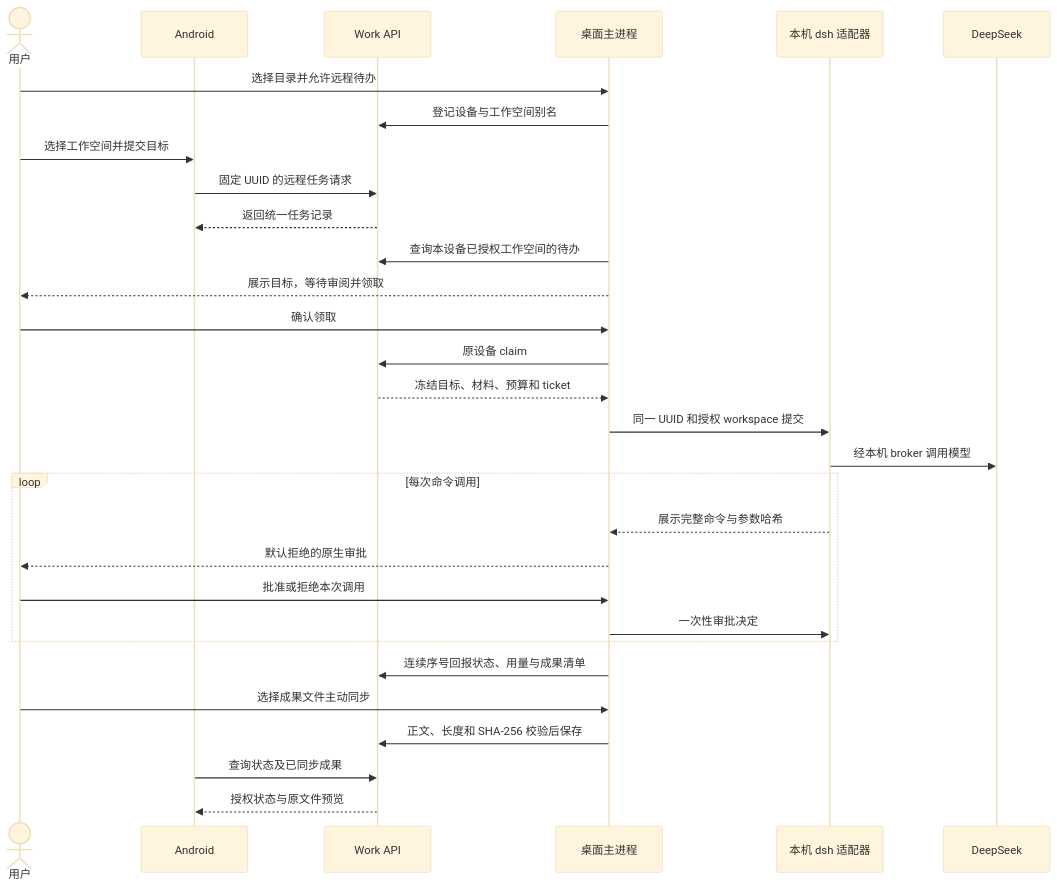
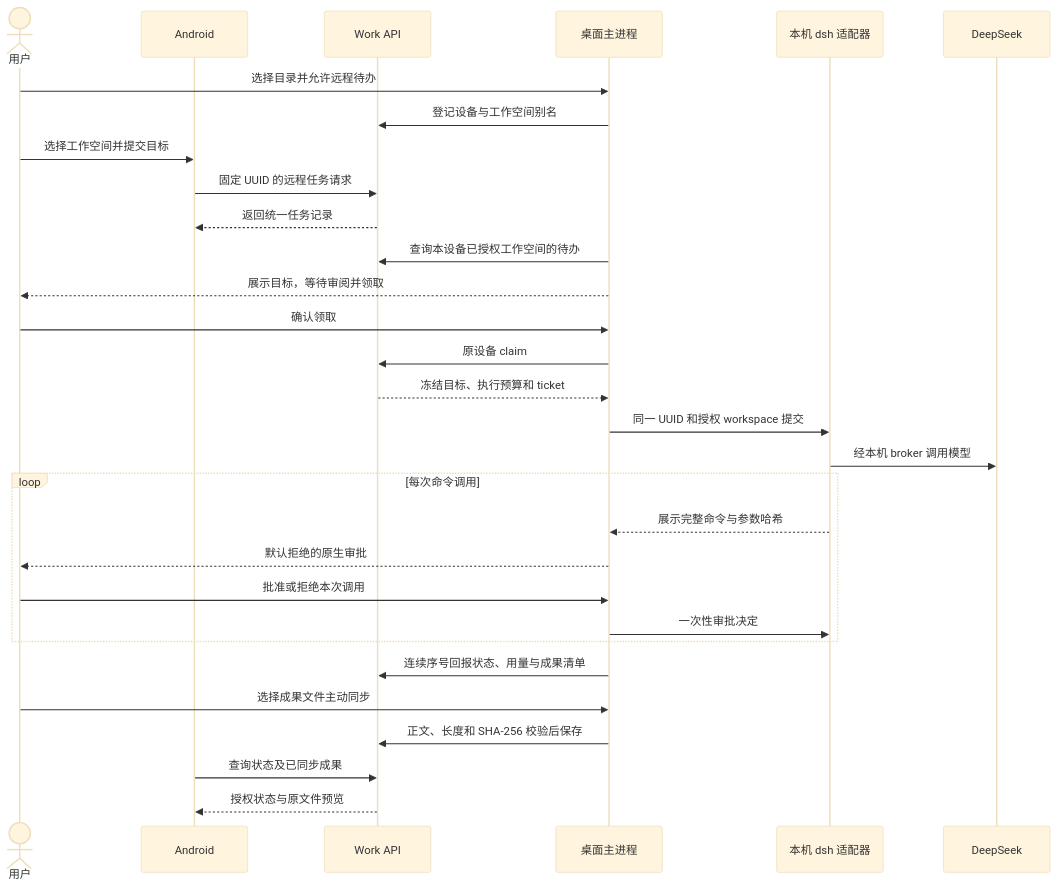
One commit to John-Shao/we-meet changed the second of 3 diagrams in docs/features/work-agent-architecture.md. Above: the diagram before and after it, drawn with Mermaid (base theme). The commit also changed other lines of this file and 116 other files, not shown here.

````diff
--- a/docs/features/work-agent-architecture.md
+++ b/docs/features/work-agent-architecture.md
@@ -137,32 +138,32 @@
 ```mermaid
 sequenceDiagram
   actor User as 用户
   participant App as Android
   participant API as Work API
   participant Main as 桌面主进程
   participant Agent as 本机 dsh 适配器
   participant Model as DeepSeek
   User->>Main: 选择目录并允许远程待办
   Main->>API: 登记设备与工作空间别名
   User->>App: 选择工作空间并提交目标
   App->>API: 固定 UUID 的远程任务请求
   API-->>App: 返回统一任务记录
   Main->>API: 查询本设备已授权工作空间的待办
   Main-->>User: 展示目标，等待审阅并领取
   User->>Main: 确认领取
   Main->>API: 原设备 claim
-  API-->>Main: 冻结目标、材料、预算和 ticket
+  API-->>Main: 冻结目标、执行预算和 ticket
   Main->>Agent: 同一 UUID 和授权 workspace 提交
   Agent->>Model: 经本机 broker 调用模型
   loop 每次命令调用
     Agent-->>Main: 展示完整命令与参数哈希
     Main-->>User: 默认拒绝的原生审批
     User->>Main: 批准或拒绝本次调用
     Main->>Agent: 一次性审批决定
   end
   Main->>API: 连续序号回报状态、用量与成果清单
   User->>Main: 选择成果文件主动同步
   Main->>API: 正文、长度和 SHA-256 校验后保存
   App->>API: 查询状态及已同步成果
   API-->>App: 授权状态与原文件预览
 ```
````
